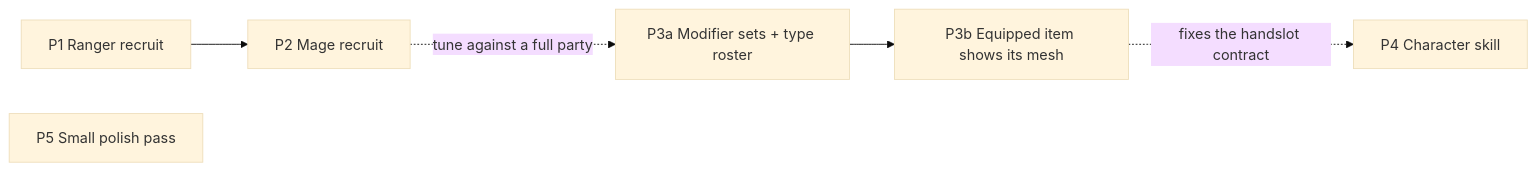
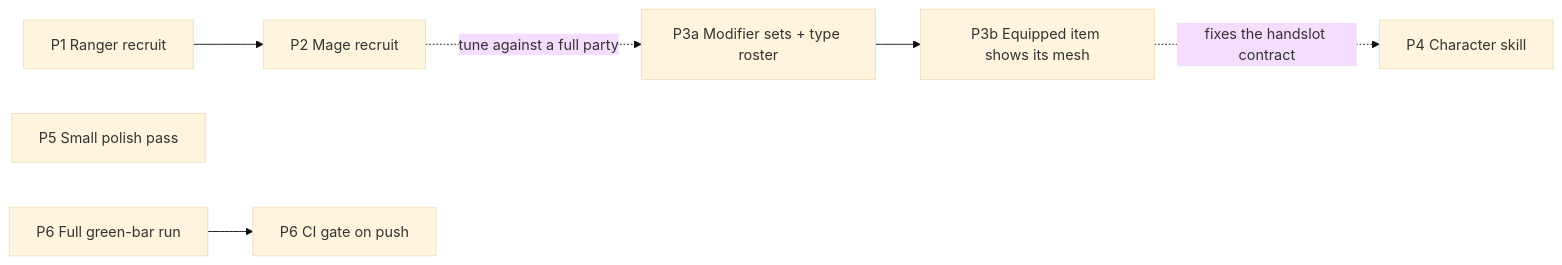
One commit to DarkCascade/Sir-Fish changed the diagram in design documents/Sir Fish - Backlog.md. Above: the diagram before and after it, drawn with Mermaid (base theme). The commit also changed other lines of this file, not shown here.

First line of the commit message:
backlog: add P6 — make the headless suite a real gate

````diff
--- a/design documents/Sir Fish - Backlog.md
+++ b/design documents/Sir Fish - Backlog.md
@@ -27,8 +28,9 @@
 ```mermaid
 flowchart LR
   P1[P1 Ranger recruit] --> P2[P2 Mage recruit]
   P2 -. tune against a full party .-> P3a[P3a Modifier sets + type roster]
   P3a --> P3b[P3b Equipped item shows its mesh]
   P3b -. fixes the handslot contract .-> P4[P4 Character skill]
   P5[P5 Small polish pass]
+  P6a[P6 Full green-bar run] --> P6b[P6 CI gate on push]
 ```
````
